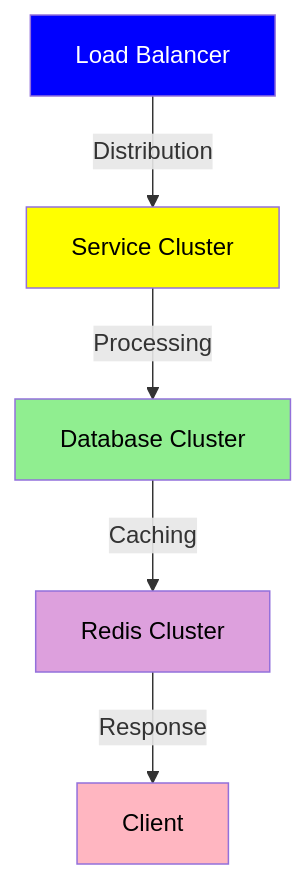
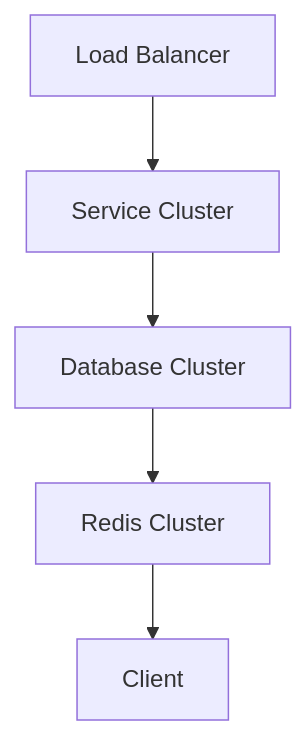
One commit to MEMEFANS/memefans changed the first of 6 diagrams in docs/whitepaper/technical-architecture.md. Above: the diagram before and after it, drawn with Mermaid. The commit also changed other lines of this file and 1 other file, not shown here.

Commit message:
fix: optimize mermaid flowcharts format and rendering

````diff
--- a/docs/whitepaper/technical-architecture.md
+++ b/docs/whitepaper/technical-architecture.md
@@ -202,13 +97,7 @@
-<div class="mermaid">
+```mermaid
 graph TD
-    A[Load Balancer] -->|Distribution| B[Service Cluster]
-    B -->|Processing| C[Database Cluster]
-    C -->|Caching| D[Redis Cluster]
-    D -->|Response| E[Client]
-    
-    style A fill:#0000FF,color:#FFFFFF
-    style B fill:#FFFF00,color:#000000
-    style C fill:#90EE90,color:#000000
-    style D fill:#DDA0DD,color:#000000
-    style E fill:#FFB6C1,color:#000000
-</div>
+    A[Load Balancer] --> B[Service Cluster]
+    B --> C[Database Cluster]
+    C --> D[Redis Cluster]
+    D --> E[Client]
+```
````
